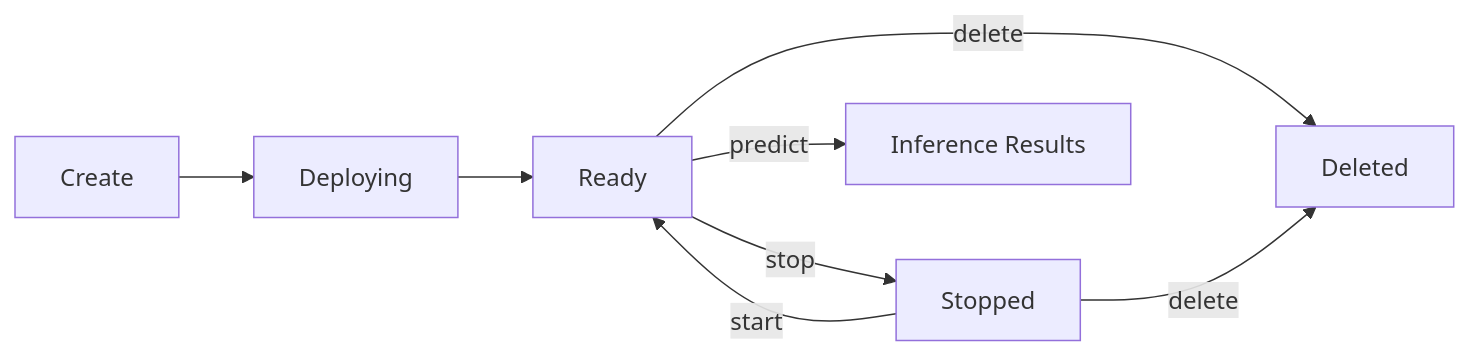
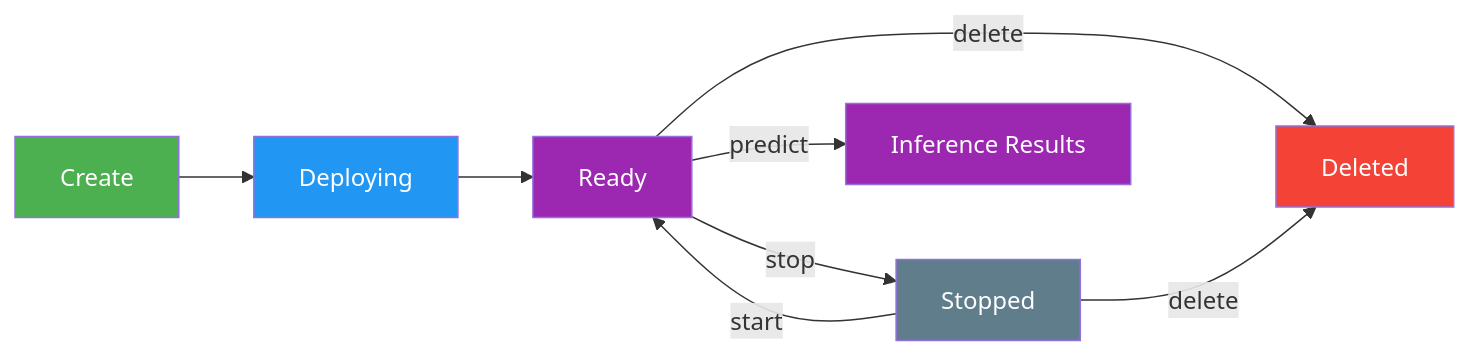
The fourth of 4 diagrams in docs/en/platform/api/index.md (Dadalia1917/Yolo-RT-DETR-TrainCode), drawn with Mermaid before and after one commit. The commit also changed other lines of this file and 767 other files, not shown here.

````diff
--- a/docs/en/platform/api/index.md
+++ b/docs/en/platform/api/index.md
@@ -983,10 +1107,16 @@
 ```mermaid
 graph LR
-    A[Create] --> B[Deploying]
-    B --> C[Ready]
-    C -->|stop| D[Stopped]
+    A[Create]:::start --> B[Deploying]:::proc
+    B --> C[Ready]:::out
+    C -->|stop| D[Stopped]:::extern
     D -->|start| C
-    C -->|delete| E[Deleted]
+    C -->|delete| E[Deleted]:::error
     D -->|delete| E
-    C -->|predict| F[Inference Results]
+    C -->|predict| F[Inference Results]:::out
+
+    classDef start fill:#4CAF50,color:#fff
+    classDef proc fill:#2196F3,color:#fff
+    classDef out fill:#9C27B0,color:#fff
+    classDef error fill:#F44336,color:#fff
+    classDef extern fill:#607D8B,color:#fff
 ```
````
